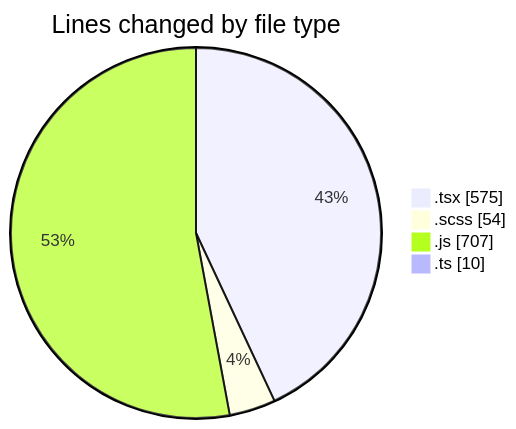
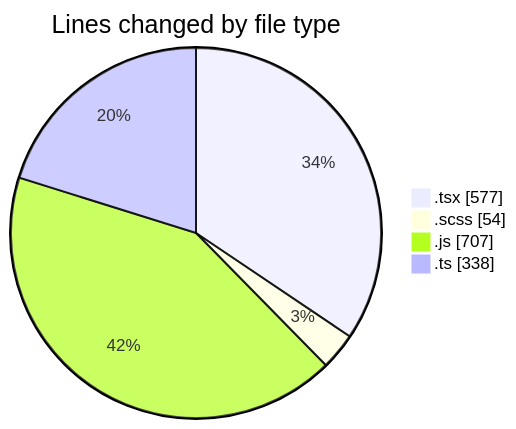
One commit to momahboobian/code-tracking changed the first of 2 diagrams in 2026-07-21/cda/README.md. Above: the diagram before and after it, drawn with Mermaid. The commit also changed other lines of this file and 1 other file, not shown here.

````diff
--- a/2026-07-21/cda/README.md
+++ b/2026-07-21/cda/README.md
@@ -29,8 +31,8 @@
 ```mermaid
 pie showData
 title Lines changed by file type
-".tsx" : 575
+".tsx" : 577
 ".scss" : 54
 ".js" : 707
-".ts" : 10
+".ts" : 338
 ```
````
